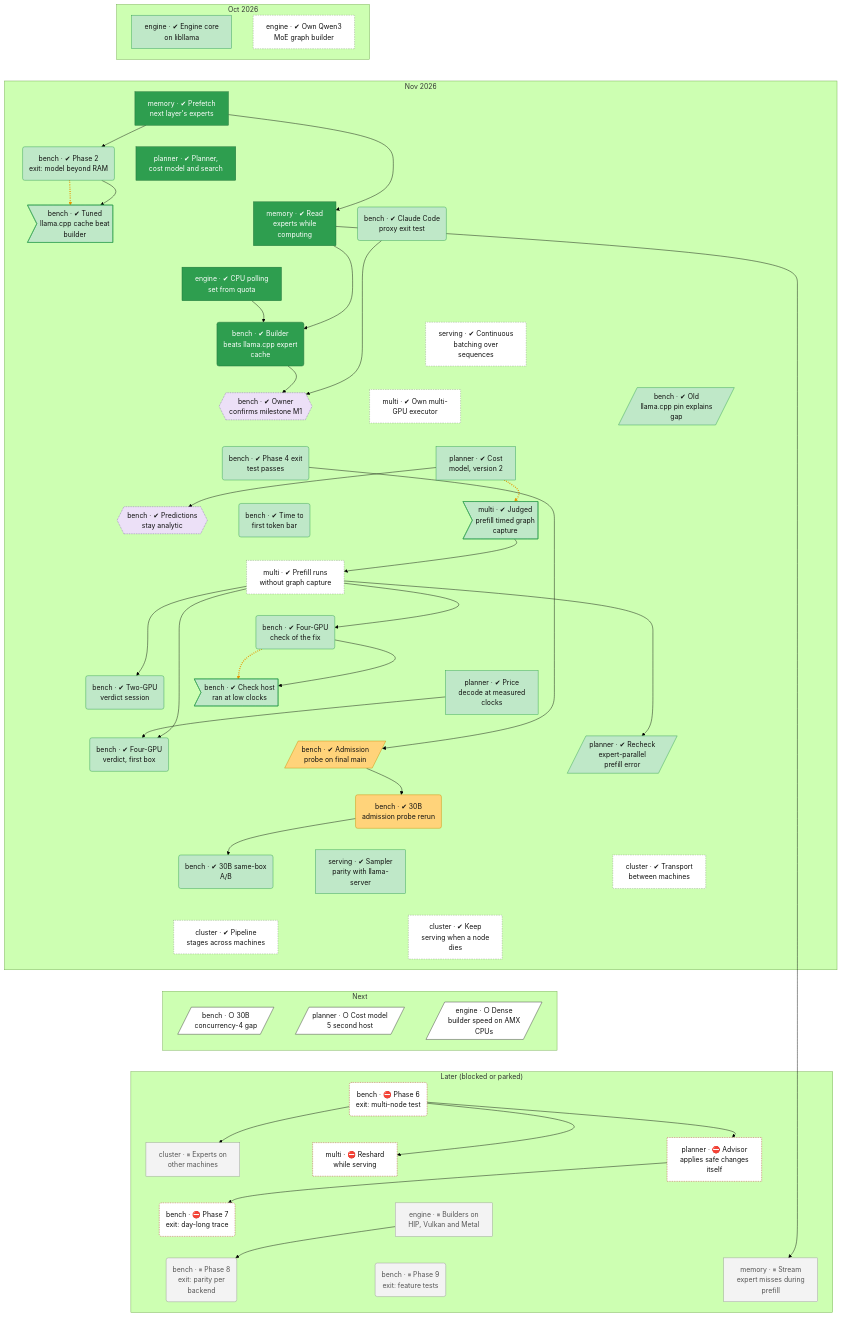
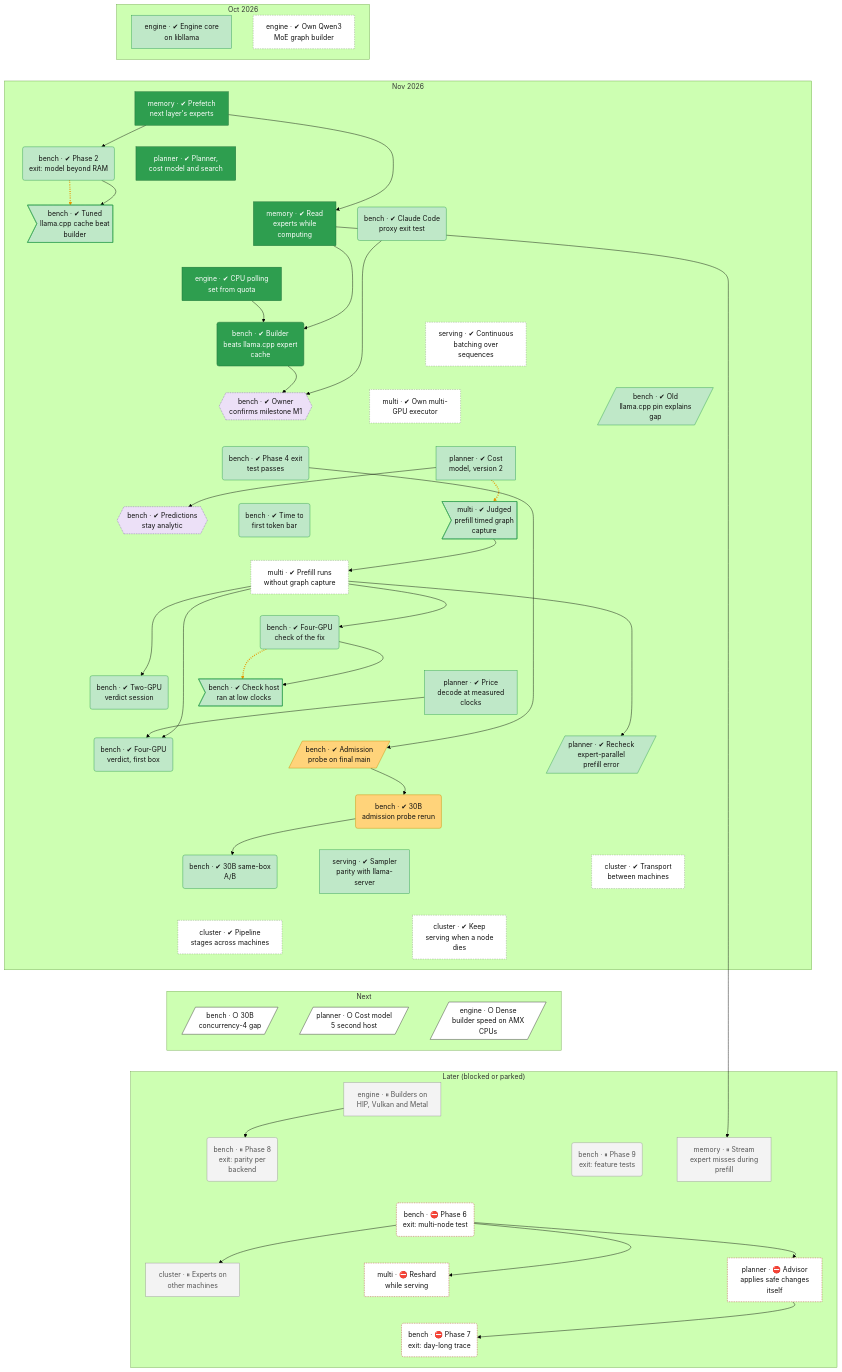
Before and after one commit to lhns/tetraeder: the second of 2 diagrams in docs/roadmap.md, drawn with Mermaid (forest theme). The commit also changed other lines of this file and 6 other files, not shown here.

Commit message:
Tree: Case S pair finder and full dry run done, judged Case S rerun next, Phase 6 exit depends on it (not measured)

```diff
--- a/docs/roadmap.md
+++ b/docs/roadmap.md
@@ -144,15 +144,15 @@
         engine_dense_amx[/"engine · ○ Dense<br/>builder speed on AMX<br/>CPUs"/]
     end
     subgraph bd_3["Later (blocked or parked)"]
+        engine_backend_parity["engine · ⏸ Builders on<br/>HIP, Vulkan and Metal"]
+        bench_phase8_exit("bench · ⏸ Phase 8<br/>exit: parity per<br/>backend")
+        bench_phase9_exit("bench · ⏸ Phase 9<br/>exit: feature tests")
+        memory_prefill_misses["memory · ⏸ Stream<br/>expert misses during<br/>prefill"]
         bench_phase6_exit("bench · ⛔ Phase 6<br/>exit: multi-node test")
         cluster_experts_nodes["cluster · ⏸ Experts on<br/>other machines"]
         multi_live_reshard["multi · ⛔ Reshard<br/>while serving"]
         planner_advisor_auto["planner · ⛔ Advisor<br/>applies safe changes<br/>itself"]
         bench_phase7_exit("bench · ⛔ Phase 7<br/>exit: day-long trace")
-        engine_backend_parity["engine · ⏸ Builders on<br/>HIP, Vulkan and Metal"]
-        bench_phase8_exit("bench · ⏸ Phase 8<br/>exit: parity per<br/>backend")
-        bench_phase9_exit("bench · ⏸ Phase 9<br/>exit: feature tests")
-        memory_prefill_misses["memory · ⏸ Stream<br/>expert misses during<br/>prefill"]
     end
     engine_libllama ~~~ memory_prefetch
     engine_moe_builder ~~~ memory_prefetch
@@ -197,18 +197,21 @@
     cluster_pipeline_nodes ~~~ bench_30b_c4_gap
     cluster_failover ~~~ planner_cost_model_v5_host2
     cluster_failover ~~~ engine_dense_amx
-    bench_30b_c4_gap ~~~ bench_phase6_exit
-    planner_cost_model_v5_host2 ~~~ bench_phase6_exit
-    engine_dense_amx ~~~ bench_phase6_exit
+    bench_30b_c4_gap ~~~ engine_backend_parity
+    planner_cost_model_v5_host2 ~~~ engine_backend_parity
+    engine_dense_amx ~~~ engine_backend_parity
+    engine_backend_parity ~~~ bench_phase8_exit
+    engine_backend_parity ~~~ bench_phase9_exit
+    engine_backend_parity ~~~ memory_prefill_misses
+    bench_phase8_exit ~~~ bench_phase6_exit
+    bench_phase9_exit ~~~ bench_phase6_exit
+    memory_prefill_misses ~~~ bench_phase6_exit
     bench_phase6_exit ~~~ cluster_experts_nodes
     bench_phase6_exit ~~~ multi_live_reshard
     bench_phase6_exit ~~~ planner_advisor_auto
     cluster_experts_nodes ~~~ bench_phase7_exit
-    multi_live_reshard ~~~ engine_backend_parity
-    planner_advisor_auto ~~~ engine_backend_parity
-    bench_phase7_exit ~~~ bench_phase8_exit
-    engine_backend_parity ~~~ bench_phase9_exit
-    engine_backend_parity ~~~ memory_prefill_misses
+    multi_live_reshard ~~~ bench_phase7_exit
+    planner_advisor_auto ~~~ bench_phase7_exit
     memory_prefetch --> bench_phase2_exit
     bench_phase2_exit -.-> bench_defect_tuned_cache
     bench_phase2_exit --> bench_defect_tuned_cache
@@ -230,13 +233,13 @@
     multi_prefill_no_capture --> planner_ep_prefill_recheck
     bench_d2a_probe --> bench_d2a_30b
     bench_d2a_30b --> bench_ab30b
+    engine_backend_parity --> bench_phase8_exit
+    memory_io_service --> memory_prefill_misses
     bench_phase6_exit --> cluster_experts_nodes
     bench_phase6_exit --> multi_live_reshard
     bench_phase6_exit --> planner_advisor_auto
     planner_advisor_auto --> bench_phase7_exit
-    engine_backend_parity --> bench_phase8_exit
-    memory_io_service --> memory_prefill_misses
-    linkStyle 56,63,67 stroke:#e69500,stroke-width:3px,stroke-dasharray:2 3
+    linkStyle 59,66,70 stroke:#e69500,stroke-width:3px,stroke-dasharray:2 3
     classDef vsucc fill:#2e9e4f,stroke:#1b6b34,color:#fff
     classDef succ fill:#bfe8c8,stroke:#2e9e4f,color:#111
     classDef mixed fill:#ffd37a,stroke:#c98a00,color:#111
```
